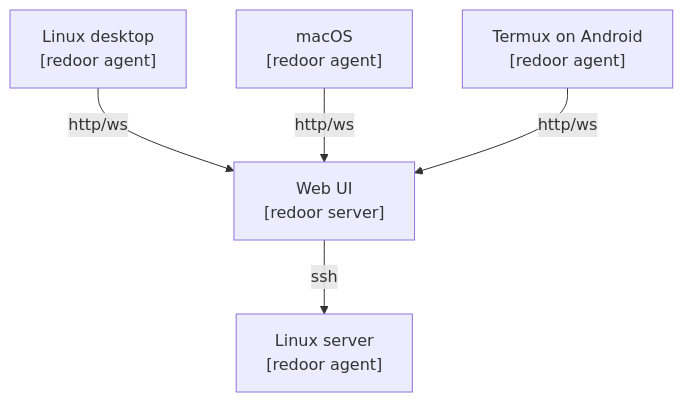
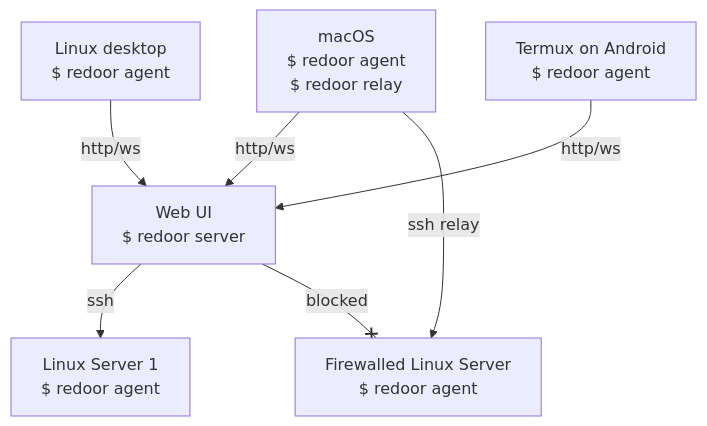
One commit to esamattis/redoor changed the diagram in README.md. Above: the diagram before and after it, drawn with Mermaid.

Commit message:
Revise mermaid diagram with command prompts
Updated the mermaid diagram in README.md for clarity and added command prompts.

````diff
--- a/README.md
+++ b/README.md
@@ -7,13 +7,10 @@
 ```mermaid
 graph TD
-    Server["Web UI
-[redoor server]"]
-    Server -->|ssh| LinuxServer["Linux server
-[redoor agent]"]
-    LinuxDesktop["Linux desktop
-[redoor agent]"] -->|http/ws| Server
-    macOS["macOS
-[redoor agent]"] -->|http/ws| Server
-    Termux["Termux on Android
-[redoor agent]"] -->|http/ws| Server
+    Server["Web UI\n$ redoor server"]
+    Server -->|ssh| LinuxServer["Linux Server 1\n$ redoor agent"]
+    LinuxDesktop["Linux desktop\n$ redoor agent"] -->|http/ws| Server
+    macOS["macOS\n$ redoor agent\n$ redoor relay"] -->|http/ws| Server
+    macOS -->|"ssh relay"| Server2["Firewalled Linux Server\n$ redoor agent"]
+    Server --x|blocked| Server2
+    Termux["Termux on Android\n$ redoor agent"] -->|http/ws| Server
 ```
````
